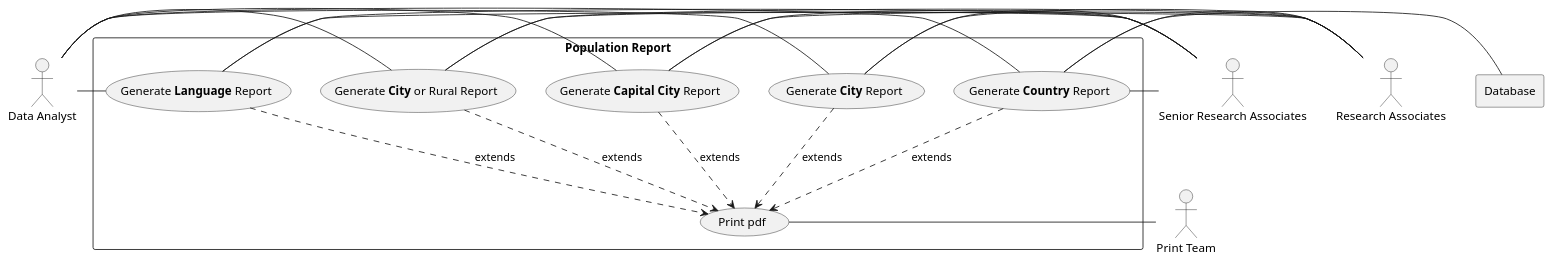
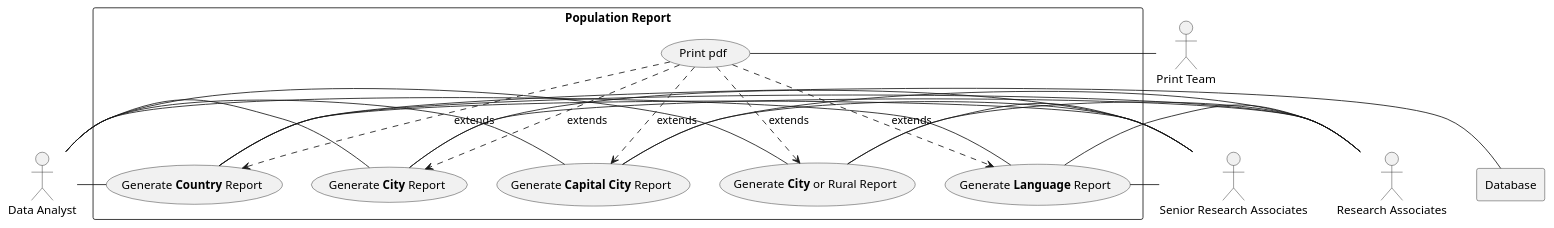
One commit to TDiggens/group-2-project changed the diagram in Use Case Diagram Population Report.puml. Above: the diagram before and after it, drawn with PlantUML.

Commit message:
Swap direction of extends

```diff
--- a/Use Case Diagram Population Report.puml
+++ b/Use Case Diagram Population Report.puml
@@ -1,47 +1,47 @@
 @startuml
 
 actor DA as "Data Analyst"
 actor SR as "Senior Research Associates"
 actor RA as "Research Associates"
 
 actor PT as "Print Team"
 
 rectangle Database
 
 rectangle "Population Report" {
     usecase UC1 as "Generate **Country** Report"
     usecase UC2 as "Generate **City** Report"
     usecase UC3 as "Generate **Capital City** Report"
     usecase UC4 as "Generate **City** or Rural Report"
     usecase UC5 as "Generate **Language** Report"
     usecase UCa as "Print pdf"
 
     DA - UC1
     DA - UC2
     DA - UC3
     DA - UC4
     DA - UC5
 
     SR - UC1
     SR - UC2
     SR - UC3
     SR - UC4
     SR - UC5
 
     RA - UC1
     RA - UC2
     RA - UC3
     RA - UC4
     RA - UC5
 
     PT - UCa
 
-    UC1 ..>UCa : extends
-    UC2 ..>UCa : extends
-    UC3 ..>UCa : extends
-    UC4 ..>UCa : extends
-    UC5 ..>UCa : extends
+    UCa ..>UC1 : extends
+    UCa ..>UC2 : extends
+    UCa ..>UC3 : extends
+    UCa ..>UC4 : extends
+    UCa ..>UC5 : extends
     UC1 - Database
 }
 
 @enduml
```
